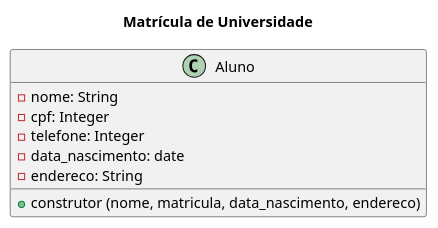
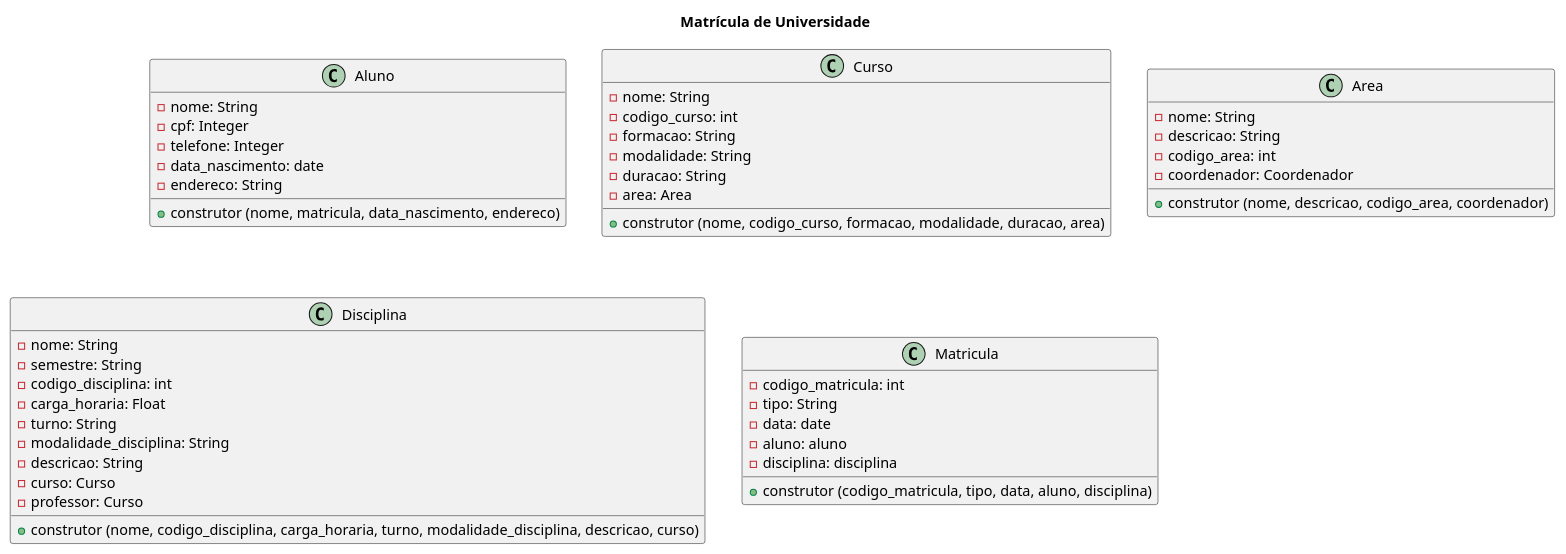
Before and after one commit to anleaes/2022-1-DEV-WEB-02: the diagram in diagrama.plantuml, drawn with PlantUML.

Commit message:
atualização uml

```diff
--- a/diagrama.plantuml
+++ b/diagrama.plantuml
@@ -1,14 +1,54 @@
 @startuml universidade
 
 title Matrícula de Universidade
 
 class Aluno{
     - nome: String
     - cpf: Integer
     - telefone: Integer
     - data_nascimento: date
     - endereco: String
     + construtor (nome, matricula, data_nascimento, endereco)
 }
 
+class Curso{
+    - nome: String  
+    - codigo_curso: int
+    - formacao: String
+    - modalidade: String
+    - duracao: String
+    - area: Area
+    + construtor (nome, codigo_curso, formacao, modalidade, duracao, area)
+}
+
+class Area{
+    - nome: String
+    - descricao: String
+    - codigo_area: int
+    - coordenador: Coordenador
+    + construtor (nome, descricao, codigo_area, coordenador)
+}
+
+class Disciplina{
+    - nome: String
+    - semestre: String
+    - codigo_disciplina: int
+    - carga_horaria: Float
+    - turno: String
+    - modalidade_disciplina: String
+    - descricao: String
+    - curso: Curso
+    - professor: Curso
+    + construtor (nome, codigo_disciplina, carga_horaria, turno, modalidade_disciplina, descricao, curso)
+}
+
+class Matricula{
+    - codigo_matricula: int
+    - tipo: String
+    - data: date
+    - aluno: aluno
+    - disciplina: disciplina
+    + construtor (codigo_matricula, tipo, data, aluno, disciplina)
+}
+
 @enduml
```
